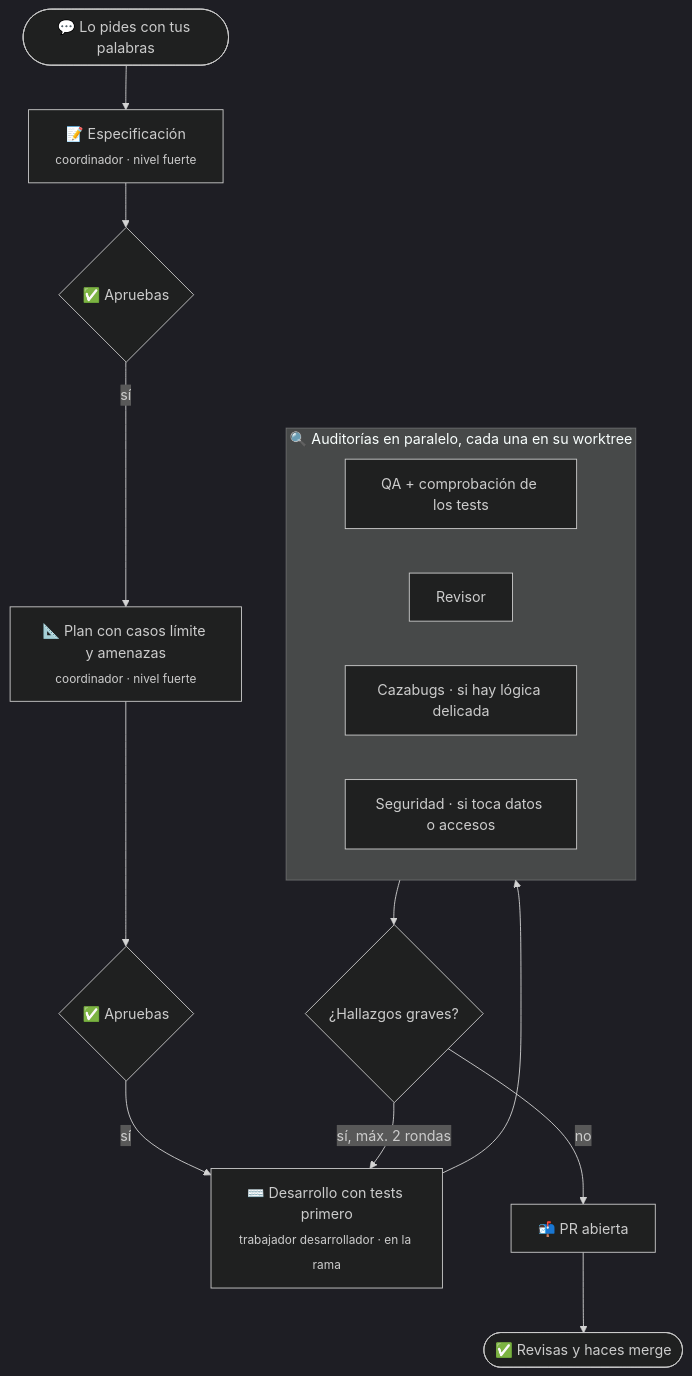
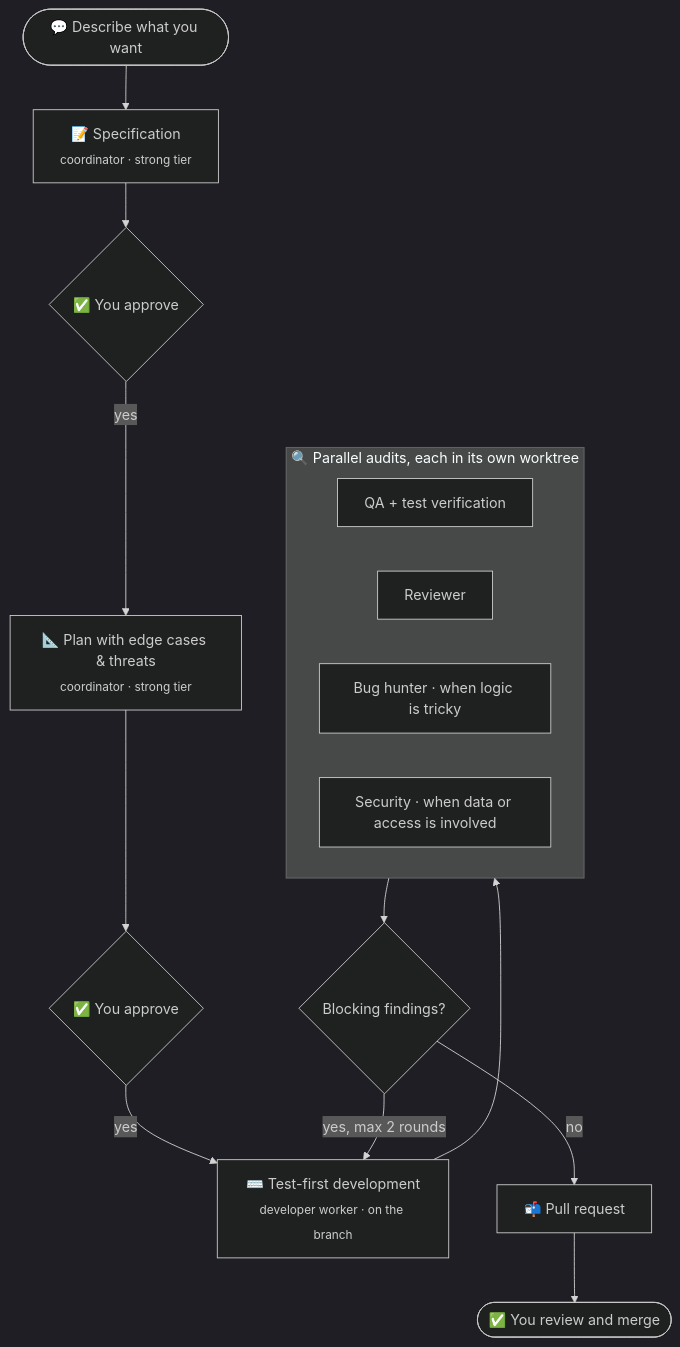
The diagram in README.md (davidgarcia11/pilotfish), drawn with Mermaid (dark theme) before and after one commit. The commit also changed other lines of this file and 28 other files, not shown here.

````diff
--- a/README.md
+++ b/README.md
@@ -7,19 +46,19 @@
 ```mermaid
 flowchart TD
-    A([💬 Lo pides con tus palabras]) --> B[📝 Especificación<br/><sub>coordinador · nivel fuerte</sub>]
-    B --> C{✅ Apruebas}
-    C -->|sí| D[📐 Plan con casos límite y amenazas<br/><sub>coordinador · nivel fuerte</sub>]
-    D --> E{✅ Apruebas}
-    E -->|sí| F[⌨️ Desarrollo con tests primero<br/><sub>trabajador desarrollador · en la rama</sub>]
+    A([💬 Describe what you want]) --> B[📝 Specification<br/><sub>coordinator · strong tier</sub>]
+    B --> C{✅ You approve}
+    C -->|yes| D[📐 Plan with edge cases & threats<br/><sub>coordinator · strong tier</sub>]
+    D --> E{✅ You approve}
+    E -->|yes| F[⌨️ Test-first development<br/><sub>developer worker · on the branch</sub>]
     F --> G
-    subgraph G [🔍 Auditorías en paralelo, cada una en su worktree]
-        G1[QA + comprobación de los tests]
-        G2[Revisor]
-        G3[Cazabugs · si hay lógica delicada]
-        G4[Seguridad · si toca datos o accesos]
+    subgraph G [🔍 Parallel audits, each in its own worktree]
+        G1[QA + test verification]
+        G2[Reviewer]
+        G3[Bug hunter · when logic is tricky]
+        G4[Security · when data or access is involved]
     end
-    G --> H{¿Hallazgos graves?}
-    H -->|sí, máx. 2 rondas| F
-    H -->|no| I[📬 PR abierta]
-    I --> J([✅ Revisas y haces merge])
+    G --> H{Blocking findings?}
+    H -->|yes, max 2 rounds| F
+    H -->|no| I[📬 Pull request]
+    I --> J([✅ You review and merge])
 ```
````
